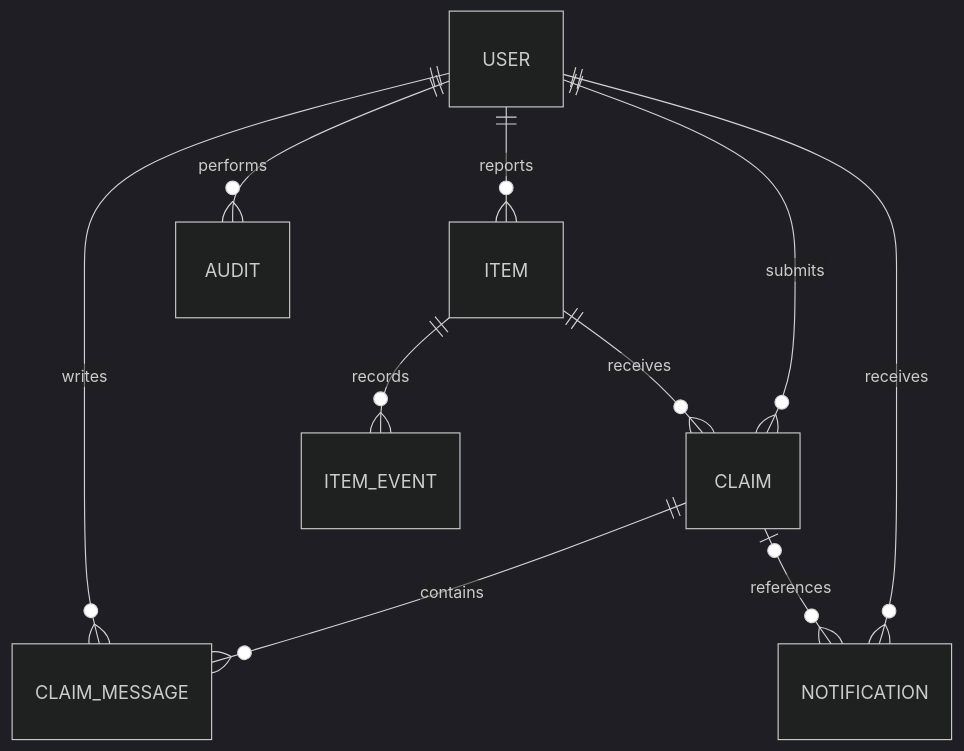
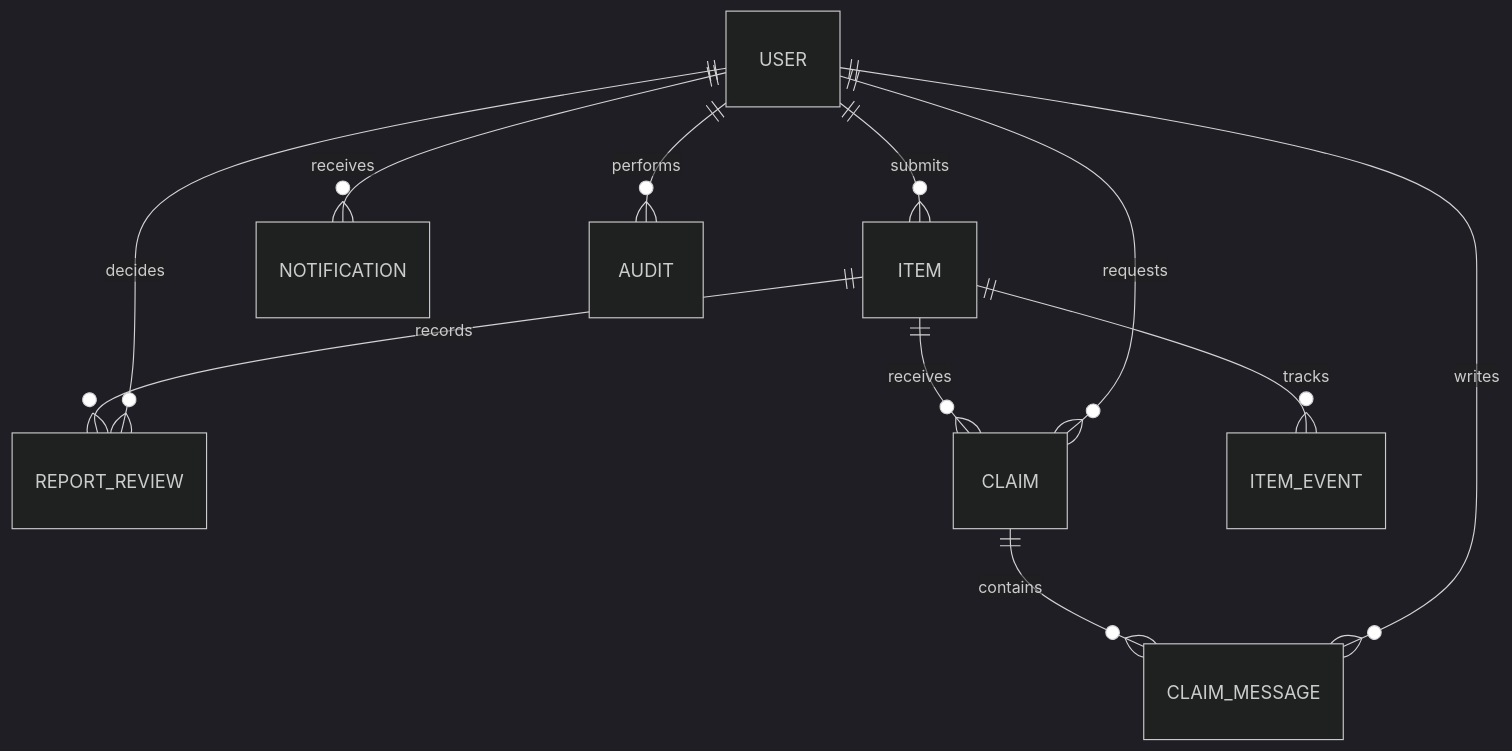
Before and after one commit to MeazbahMehedi/CampusFind: the first of 2 diagrams in docs/DESIGN.md, drawn with Mermaid (dark theme). The commit also changed other lines of this file and 45 other files, not shown here.

````diff
--- a/docs/DESIGN.md
+++ b/docs/DESIGN.md
@@ -22,12 +11,13 @@
 ```mermaid
 erDiagram
-    USER ||--o{ ITEM : reports
-    USER ||--o{ CLAIM : submits
+    USER ||--o{ ITEM : submits
+    ITEM ||--o{ REPORT_REVIEW : records
+    USER ||--o{ REPORT_REVIEW : decides
     ITEM ||--o{ CLAIM : receives
+    USER ||--o{ CLAIM : requests
     CLAIM ||--o{ CLAIM_MESSAGE : contains
     USER ||--o{ CLAIM_MESSAGE : writes
-    ITEM ||--o{ ITEM_EVENT : records
+    ITEM ||--o{ ITEM_EVENT : tracks
     USER ||--o{ NOTIFICATION : receives
-    CLAIM o|--o{ NOTIFICATION : references
     USER ||--o{ AUDIT : performs
 ```
````
